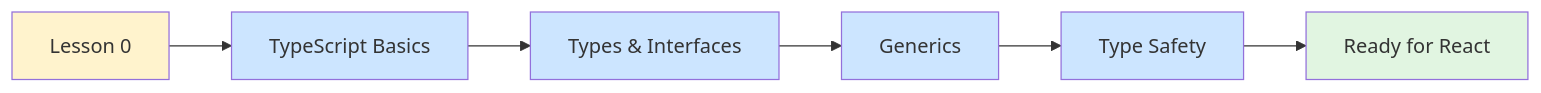
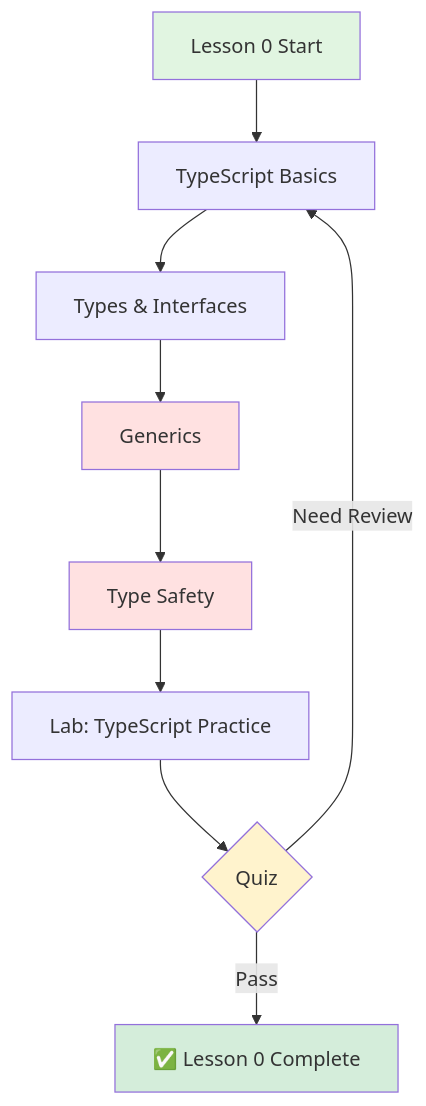
One commit to longndt/react-course changed the second of 8 diagrams in diagrams/COURSE_ROADMAP.md. Above: the diagram before and after it, drawn with Mermaid. The commit also changed other lines of this file and 6 other files, not shown here.

````diff
--- a/diagrams/COURSE_ROADMAP.md
+++ b/diagrams/COURSE_ROADMAP.md
@@ -45,15 +45,17 @@
 ```mermaid
-flowchart LR
-    A[Lesson 0] --> B[TypeScript Basics]
+flowchart TD
+    A[Lesson 0 Start] --> B[TypeScript Basics]
     B --> C[Types & Interfaces]
     C --> D[Generics]
     D --> E[Type Safety]
-    E --> F[Ready for React]
+    E --> F[Lab: TypeScript Practice]
+    F --> G{Quiz}
+    G -->|Pass| H[✅ Lesson 0 Complete]
+    G -->|Need Review| B
 
-    style A fill:#fff3cd
-    style B fill:#cce5ff
-    style C fill:#cce5ff
-    style D fill:#cce5ff
-    style E fill:#cce5ff
-    style F fill:#e1f5e1
+    style A fill:#e1f5e1
+    style H fill:#d4edda
+    style G fill:#fff3cd
+    style D fill:#ffe1e1
+    style E fill:#ffe1e1
 ```
````
